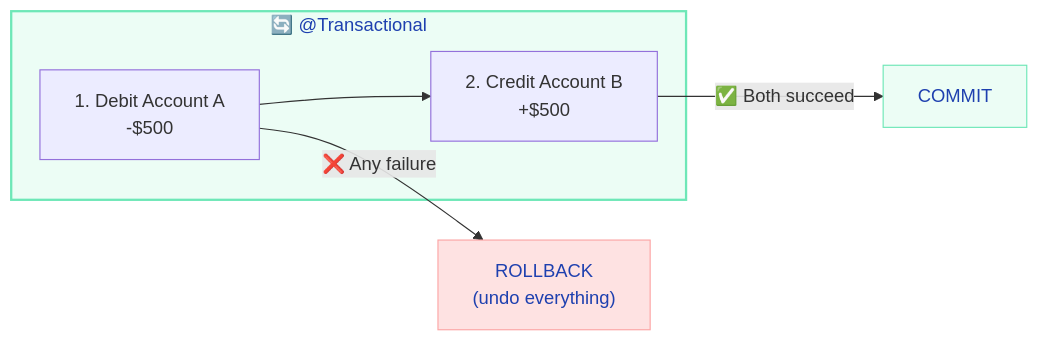
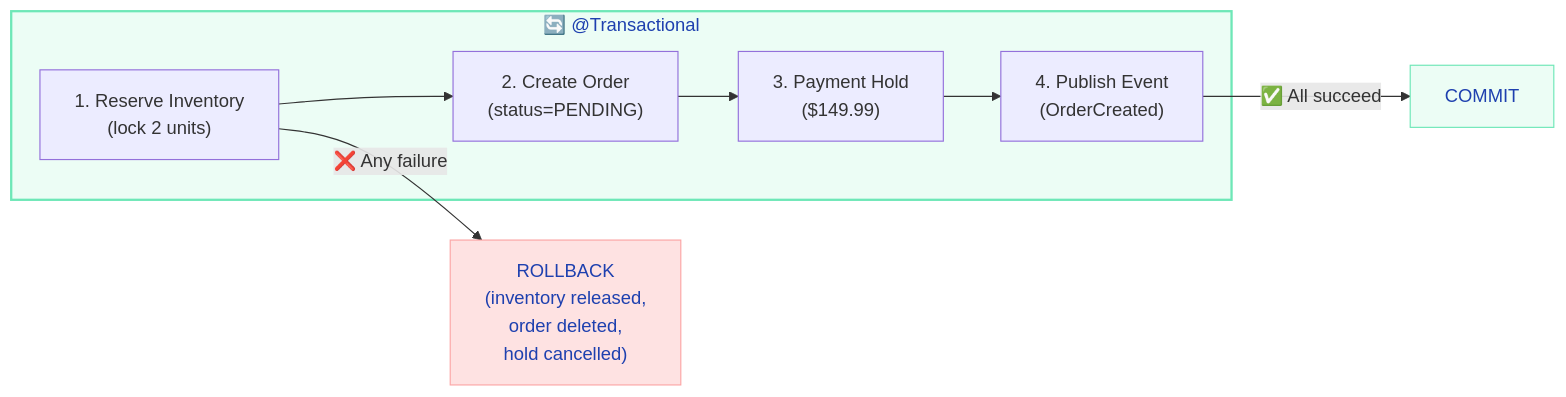
Before and after one commit to saivamsikaruturi/vamsilabs-dev-notes-main: the first of 4 diagrams in docs/springboot/transactions.md, drawn with Mermaid. The commit also changed other lines of this file and 20 other files, not shown here.

````diff
--- a/docs/springboot/transactions.md
+++ b/docs/springboot/transactions.md
@@ -10,13 +10,15 @@
 ```mermaid
 flowchart LR
     subgraph TX["🔄 @Transactional"]
-        S1["1. Debit Account A<br/>-$500"] --> S2["2. Credit Account B<br/>+$500"]
+        S1["1. Reserve Inventory<br/>(lock 2 units)"] --> S2["2. Create Order<br/>(status=PENDING)"]
+        S2 --> S3["3. Payment Hold<br/>($149.99)"]
+        S3 --> S4["4. Publish Event<br/>(OrderCreated)"]
     end
     
-    S2 -->|"✅ Both succeed"| Commit["COMMIT"]
-    S1 -->|"❌ Any failure"| Rollback["ROLLBACK<br/>(undo everything)"]
+    S4 -->|"✅ All succeed"| Commit["COMMIT"]
+    S1 -->|"❌ Any failure"| Rollback["ROLLBACK<br/>(inventory released,<br/>order deleted,<br/>hold cancelled)"]
 
     style TX fill:#ECFDF5,stroke:#6EE7B7,stroke-width:2px,color:#1E40AF
     style Commit fill:#ECFDF5,stroke:#6EE7B7,color:#1E40AF
     style Rollback fill:#FEE2E2,stroke:#FCA5A5,color:#1E40AF
 ```
````
